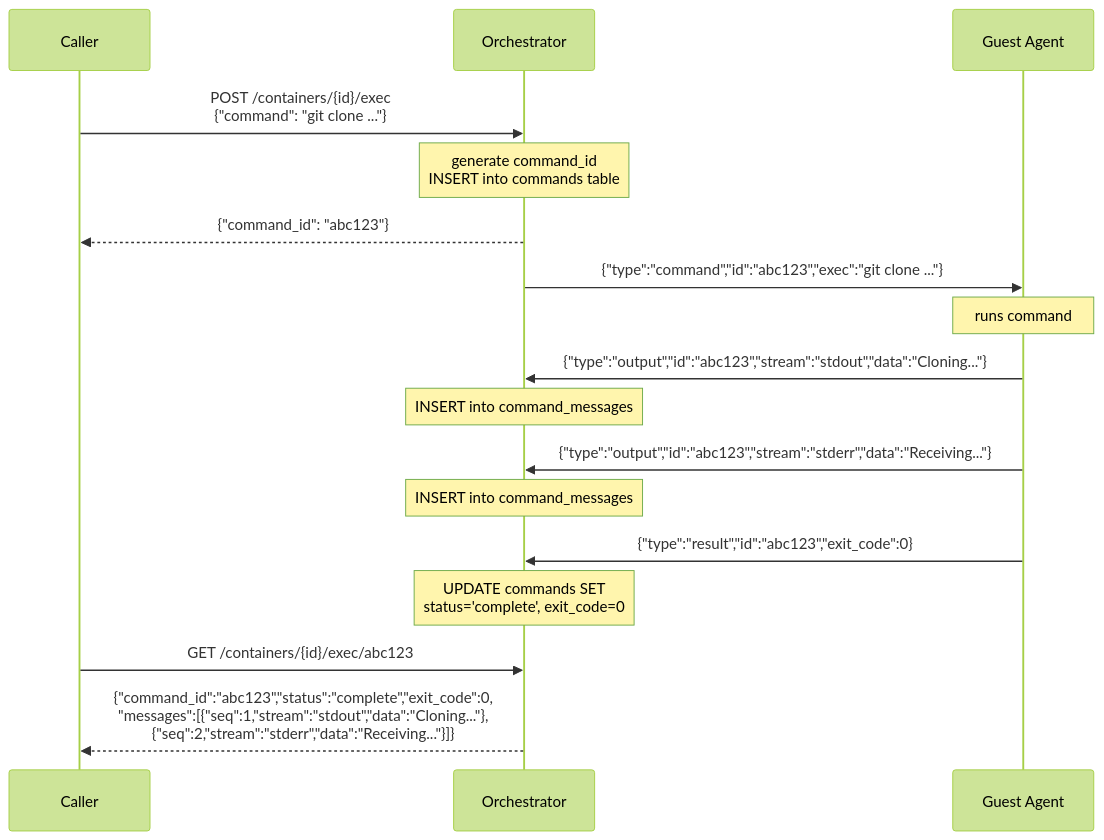
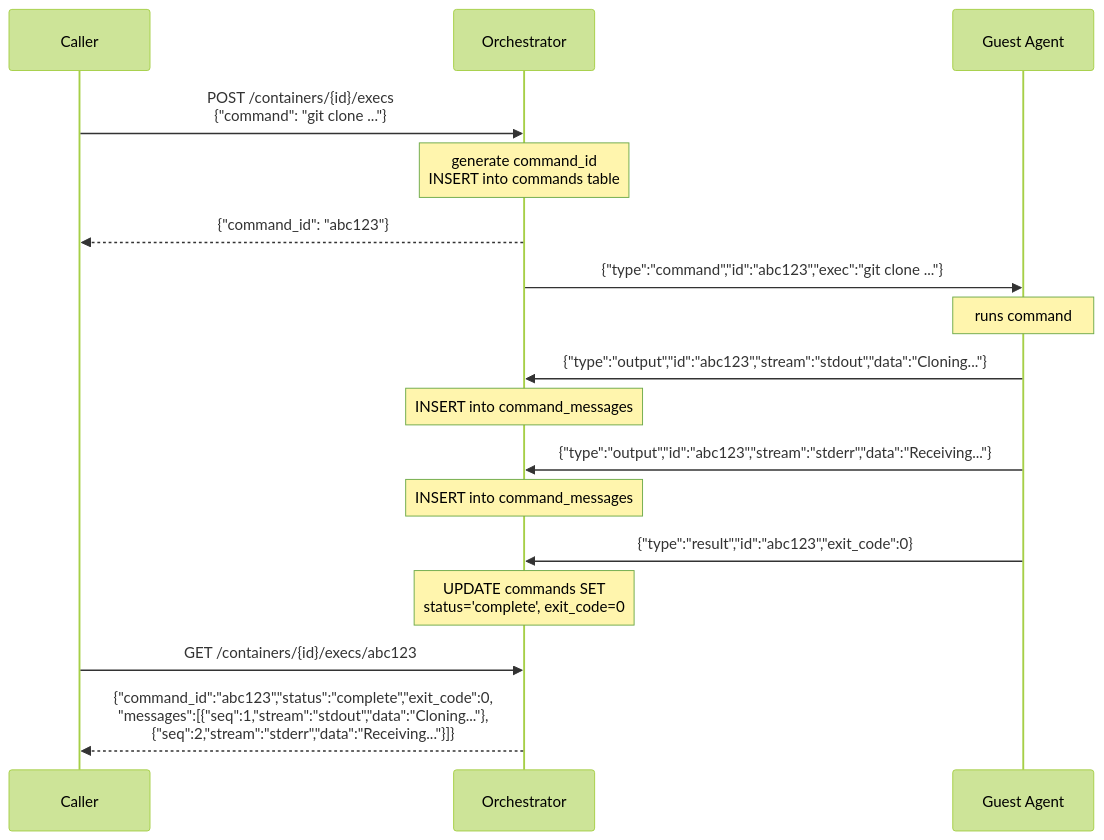
One commit to saibotsivad/drover changed the diagram in docs/exec-commands.md. Above: the diagram before and after it, drawn with Mermaid (forest theme). The commit also changed other lines of this file and 11 other files, not shown here.

First line of the commit message:
rename /exec → /execs throughout orchestrator, e2e, and docs

````diff
--- a/docs/exec-commands.md
+++ b/docs/exec-commands.md
@@ -13,25 +13,25 @@
 ```mermaid
 sequenceDiagram
     participant Caller
     participant Orchestrator
     participant GuestAgent as Guest Agent
 
-    Caller->>Orchestrator: POST /containers/{id}/exec<br/>{"command": "git clone ..."}
+    Caller->>Orchestrator: POST /containers/{id}/execs<br/>{"command": "git clone ..."}
     Note over Orchestrator: generate command_id<br/>INSERT into commands table
     Orchestrator-->>Caller: {"command_id": "abc123"}
 
     Orchestrator->>GuestAgent: {"type":"command","id":"abc123","exec":"git clone ..."}
     Note over GuestAgent: runs command
 
     GuestAgent->>Orchestrator: {"type":"output","id":"abc123","stream":"stdout","data":"Cloning..."}
     Note over Orchestrator: INSERT into command_messages
 
     GuestAgent->>Orchestrator: {"type":"output","id":"abc123","stream":"stderr","data":"Receiving..."}
     Note over Orchestrator: INSERT into command_messages
 
     GuestAgent->>Orchestrator: {"type":"result","id":"abc123","exit_code":0}
     Note over Orchestrator: UPDATE commands SET<br/>status='complete', exit_code=0
 
-    Caller->>Orchestrator: GET /containers/{id}/exec/abc123
+    Caller->>Orchestrator: GET /containers/{id}/execs/abc123
     Orchestrator-->>Caller: {"command_id":"abc123","status":"complete","exit_code":0,<br/>"messages":[{"seq":1,"stream":"stdout","data":"Cloning..."},<br/>{"seq":2,"stream":"stderr","data":"Receiving..."}]}
 ```
````
